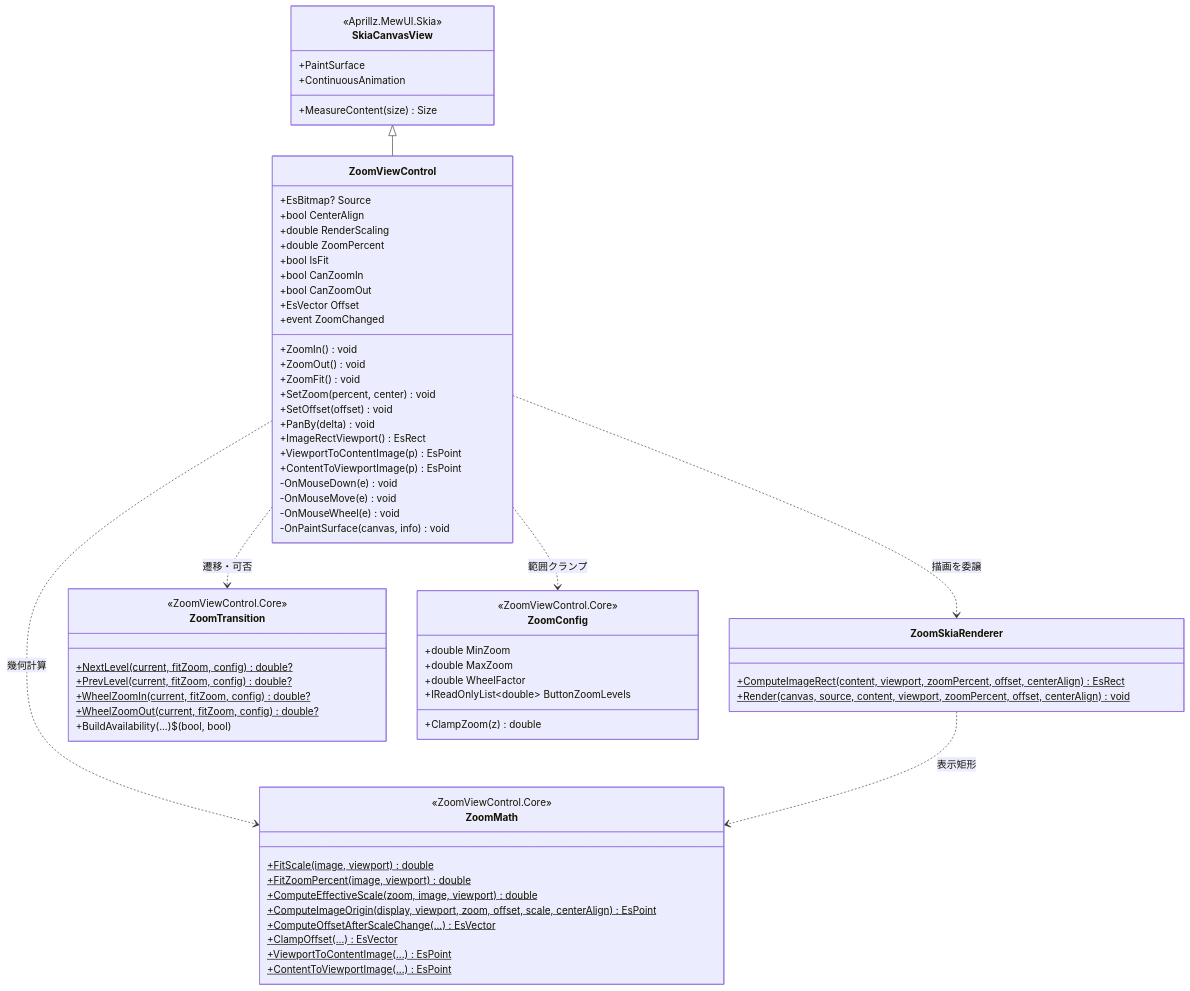
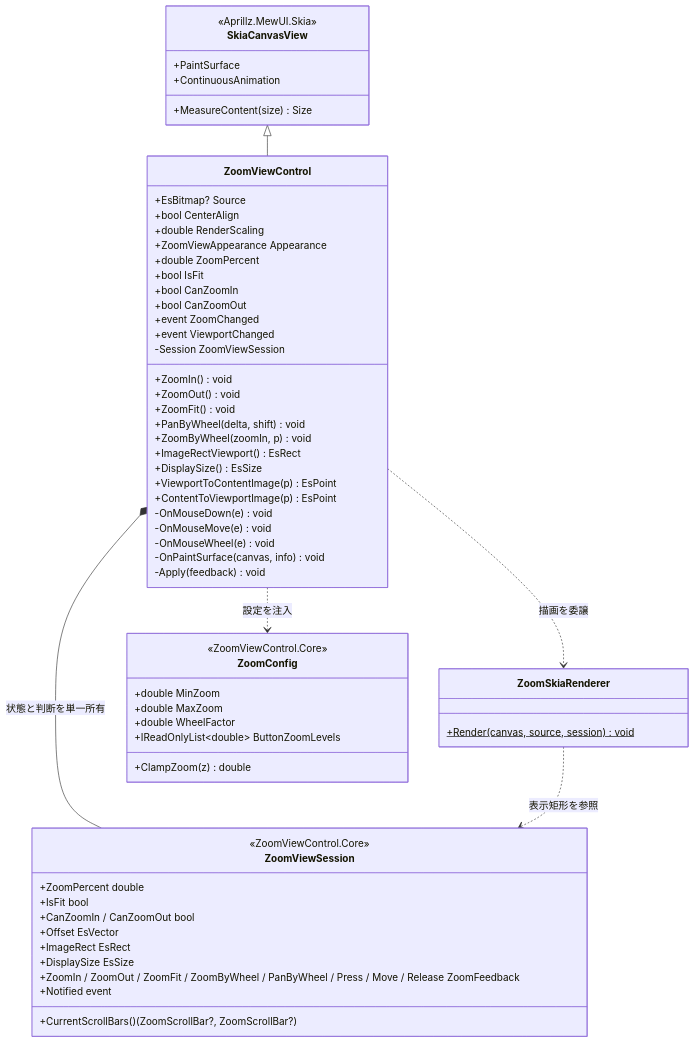
The first of 4 diagrams in src/ZoomViewControl.MewUI/SPEC_System.md (tomokuni/SaveEvidence), drawn with Mermaid before and after one commit. The commit also changed other lines of this file and 226 other files, not shown here.

````diff
--- a/src/ZoomViewControl.MewUI/SPEC_System.md
+++ b/src/ZoomViewControl.MewUI/SPEC_System.md
@@ -78,71 +81,65 @@
 ```mermaid
 classDiagram
     class SkiaCanvasView {
         <<Aprillz.MewUI.Skia>>
         +PaintSurface
         +ContinuousAnimation
         +MeasureContent(size) Size
     }
     class ZoomViewControl {
         +EsBitmap? Source
         +bool CenterAlign
         +double RenderScaling
+        +ZoomViewAppearance Appearance
         +double ZoomPercent
         +bool IsFit
         +bool CanZoomIn
         +bool CanZoomOut
-        +EsVector Offset
         +ZoomIn() void
         +ZoomOut() void
         +ZoomFit() void
-        +SetZoom(percent, center) void
-        +SetOffset(offset) void
-        +PanBy(delta) void
+        +PanByWheel(delta, shift) void
+        +ZoomByWheel(zoomIn, p) void
         +ImageRectViewport() EsRect
+        +DisplaySize() EsSize
         +ViewportToContentImage(p) EsPoint
         +ContentToViewportImage(p) EsPoint
         +event ZoomChanged
+        +event ViewportChanged
+        -Session ZoomViewSession
         -OnMouseDown(e) void
         -OnMouseMove(e) void
         -OnMouseWheel(e) void
         -OnPaintSurface(canvas, info) void
+        -Apply(feedback) void
     }
     class ZoomSkiaRenderer {
-        +ComputeImageRect(content, viewport, zoomPercent, offset, centerAlign)$ EsRect
-        +Render(canvas, source, content, viewport, zoomPercent, offset, centerAlign)$ void
+        +Render(canvas, source, session)$ void
     }
-    class ZoomMath {
+    class ZoomViewSession {
         <<ZoomViewControl.Core>>
-        +FitScale(image, viewport)$ double
-        +FitZoomPercent(image, viewport)$ double
-        +ComputeEffectiveScale(zoom, image, viewport)$ double
-        +ComputeImageOrigin(display, viewport, zoom, offset, scale, centerAlign)$ EsPoint
-        +ComputeOffsetAfterScaleChange(...)$ EsVector
-        +ClampOffset(...)$ EsVector
-        +ViewportToContentImage(...)$ EsPoint
-        +ContentToViewportImage(...)$ EsPoint
-    }
-    class ZoomTransition {
-        <<ZoomViewControl.Core>>
-        +NextLevel(current, fitZoom, config)$ double?
-        +PrevLevel(current, fitZoom, config)$ double?
-        +WheelZoomIn(current, fitZoom, config)$ double?
-        +WheelZoomOut(current, fitZoom, config)$ double?
-        +BuildAvailability(...)$ (bool, bool)
+        +ZoomPercent double
+        +IsFit bool
+        +CanZoomIn / CanZoomOut bool
+        +Offset EsVector
+        +ImageRect EsRect
+        +DisplaySize EsSize
+        +CurrentScrollBars() (ZoomScrollBar?, ZoomScrollBar?)
+        +ZoomIn / ZoomOut / ZoomFit / ZoomByWheel / PanByWheel / Press / Move / Release ZoomFeedback
+        +Notified event
     }
     class ZoomConfig {
         <<ZoomViewControl.Core>>
         +double MinZoom
         +double MaxZoom
         +double WheelFactor
         +IReadOnlyList~double~ ButtonZoomLevels
         +ClampZoom(z) double
     }
 
     SkiaCanvasView <|-- ZoomViewControl
+    ZoomViewControl *-- ZoomViewSession : 状態と判断を単一所有
     ZoomViewControl ..> ZoomSkiaRenderer : 描画を委譲
-    ZoomViewControl ..> ZoomMath : 幾何計算
-    ZoomViewControl ..> ZoomTransition : 遷移・可否
-    ZoomViewControl ..> ZoomConfig : 範囲クランプ
-    ZoomSkiaRenderer ..> ZoomMath : 表示矩形
+    ZoomViewControl ..> ZoomConfig : 設定を注入
+    ZoomSkiaRenderer ..> ZoomViewSession : 表示矩形を参照
 ```
````
